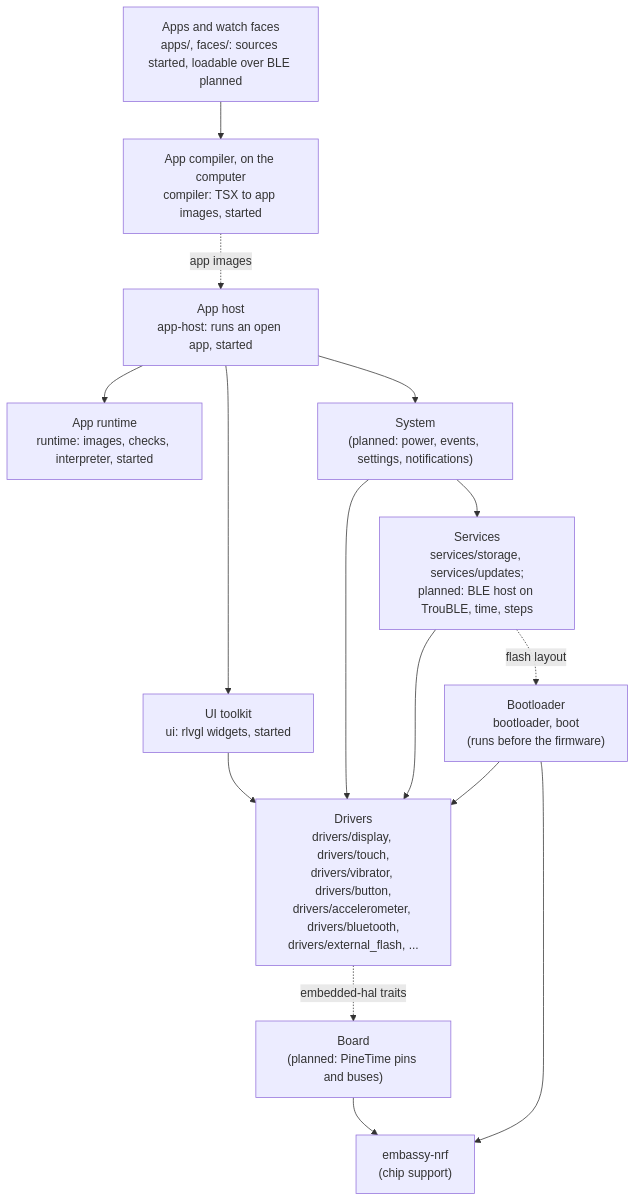
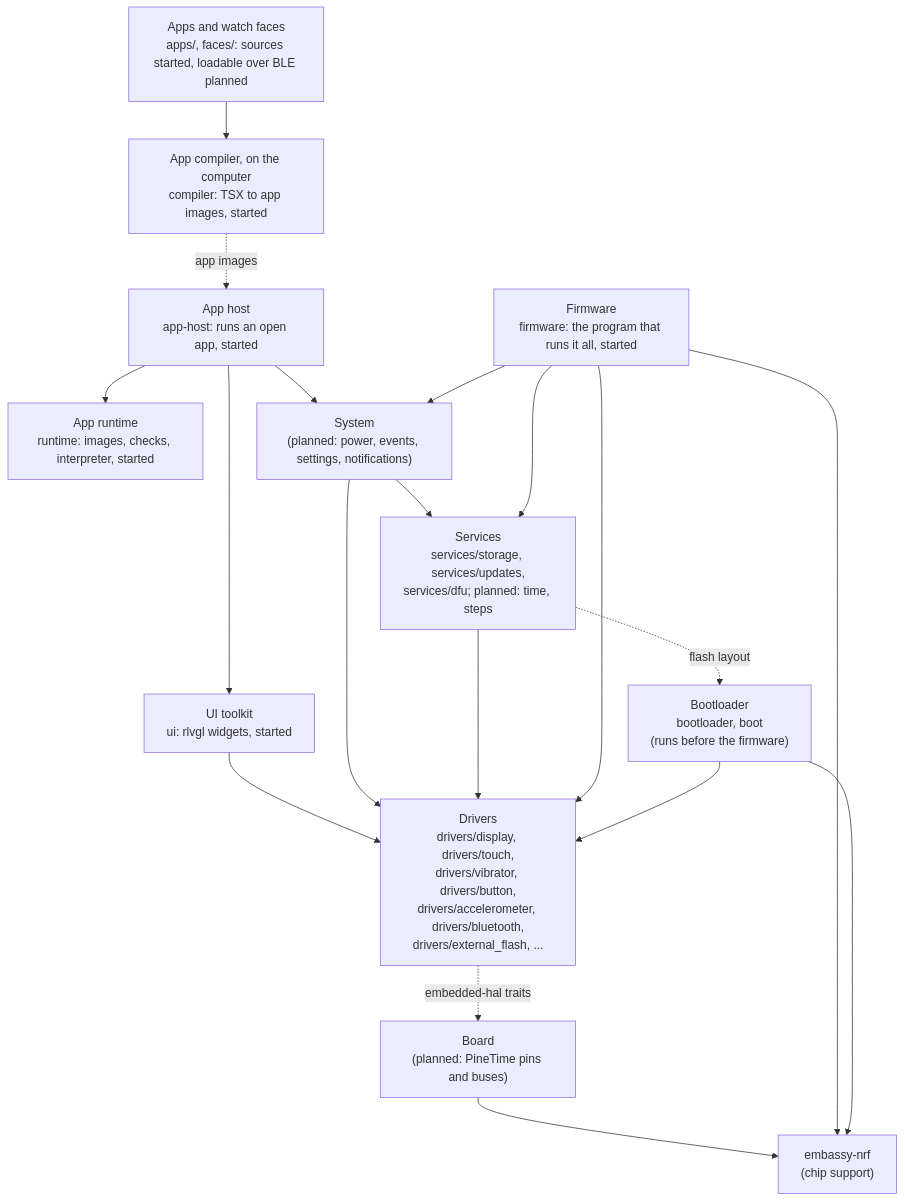
One commit to BeatLink/BattleTime changed the diagram in docs/architecture.md. Above: the diagram before and after it, drawn with Mermaid. The commit also changed other lines of this file and 18 other files, not shown here.

````diff
--- a/docs/architecture.md
+++ b/docs/architecture.md
@@ -28,30 +28,36 @@
 ```mermaid
 flowchart TB
     apps["Apps and watch faces<br/>apps/, faces/: sources started, loadable over BLE planned"]
     host["App host<br/>app-host: runs an open app, started"]
     compiler["App compiler, on the computer<br/>compiler: TSX to app images, started"]
     runtime["App runtime<br/>runtime: images, checks, interpreter, started"]
     ui["UI toolkit<br/>ui: rlvgl widgets, started"]
     system["System<br/>(planned: power, events, settings, notifications)"]
-    services["Services<br/>services/storage, services/updates;<br/>planned: BLE host on TrouBLE, time, steps"]
+    services["Services<br/>services/storage, services/updates,<br/>services/dfu; planned: time, steps"]
     drivers["Drivers<br/>drivers/display, drivers/touch,<br/>drivers/vibrator, drivers/button,<br/>drivers/accelerometer, drivers/bluetooth,<br/>drivers/external_flash, ..."]
     board["Board<br/>(planned: PineTime pins and buses)"]
     hal["embassy-nrf<br/>(chip support)"]
 
     apps --> compiler
     compiler -. app images .-> host
     host --> runtime
     host --> ui
     host --> system
     ui --> drivers
     system --> services
     system --> drivers
     services --> drivers
     drivers -. embedded-hal traits .-> board
     board --> hal
 
+    firmware["Firmware<br/>firmware: the program that runs it all, started"]
+    firmware --> system
+    firmware --> services
+    firmware --> drivers
+    firmware --> hal
+
     bootloader["Bootloader<br/>bootloader, boot<br/>(runs before the firmware)"]
     bootloader --> drivers
     bootloader --> hal
     services -. flash layout .-> bootloader
 ```
````
